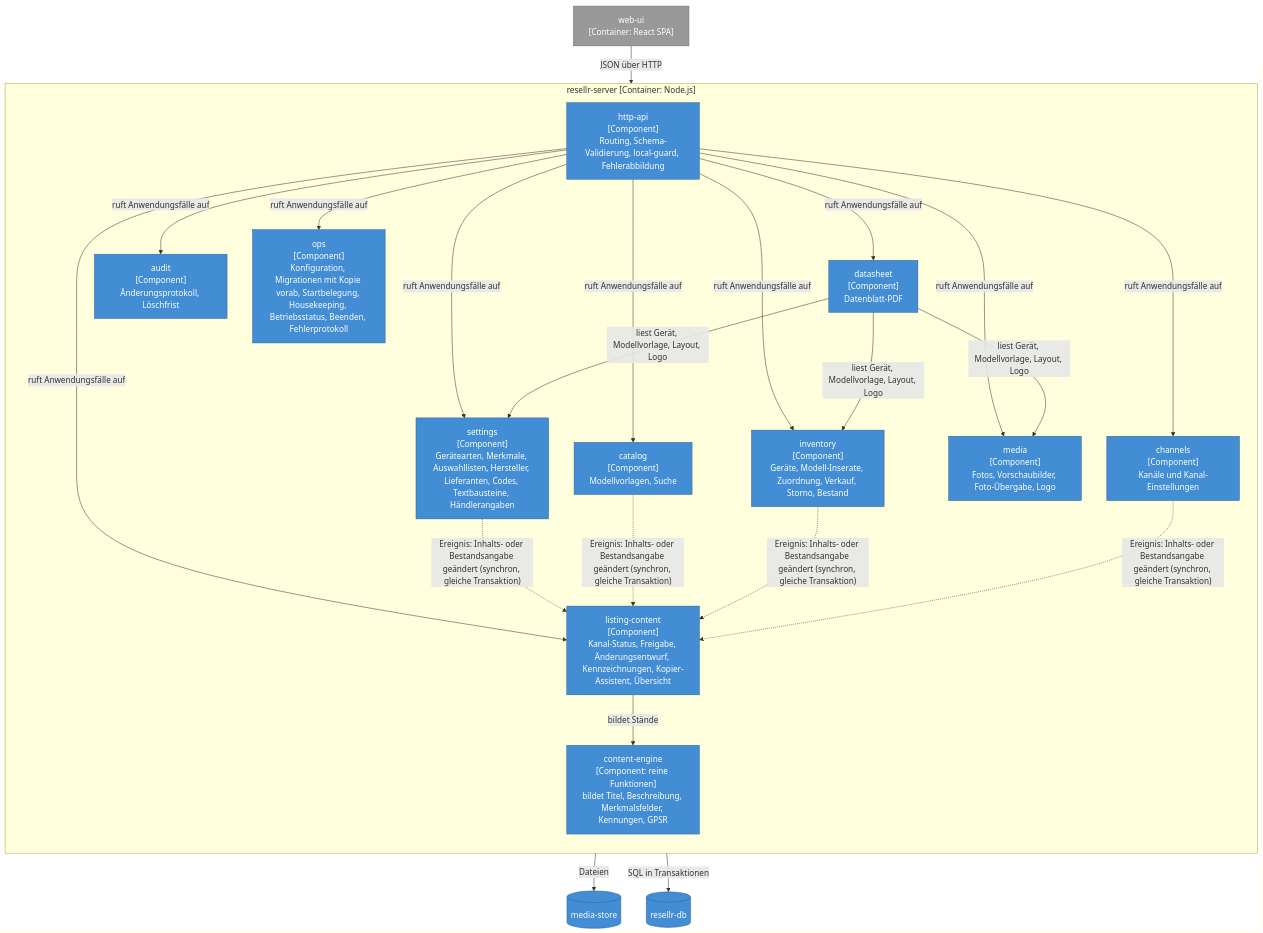
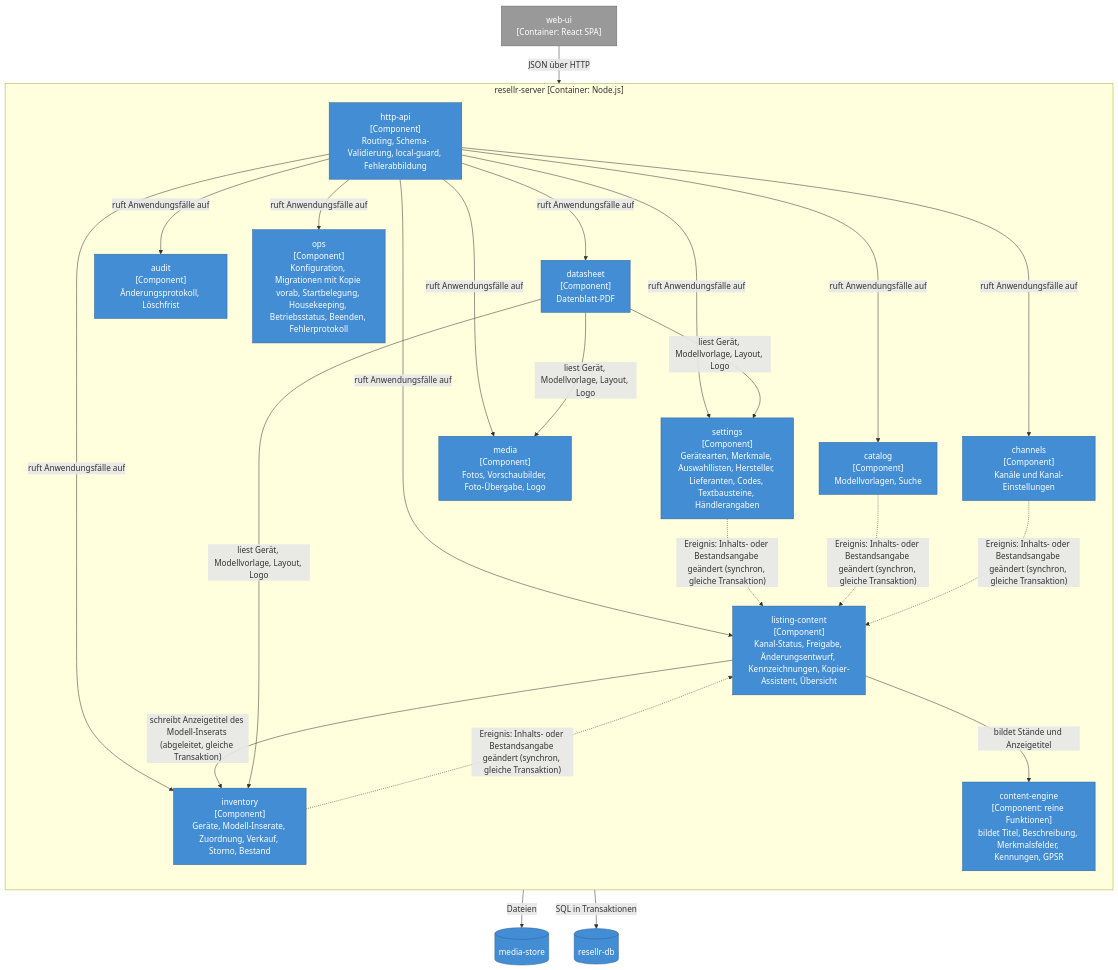
The third of 12 diagrams in docs/architecture/architecture-baseline.md (MarloNET/resellr), drawn with Mermaid before and after one commit. The commit also changed other lines of this file and 1 other file, not shown here.

Commit message:
docs(arch): publish Architekturänderung MAR-1061 in architecture-baseline.md v0.3.3 and technical-specification.md v0.5.4 (display_title ab S5: Ausnahme (5) in Kap. 4.1, Kap. 2.8.6, CU-323/CU-324, RQ-24/RQ-25; Owner-Freigabe 2026-11-23, Revision 793976c6; Gate MAR-1060)

````diff
--- a/docs/architecture/architecture-baseline.md
+++ b/docs/architecture/architecture-baseline.md
@@ -254,34 +322,35 @@
 ```mermaid
 flowchart TB
   classDef container fill:#438dd5,stroke:#2e6295,color:#ffffff
   classDef store fill:#438dd5,stroke:#2e6295,color:#ffffff
   classDef external fill:#999999,stroke:#6b6b6b,color:#ffffff
 
   webui["web-ui<br/>[Container: React SPA]"]:::external
 
   subgraph srv["resellr-server [Container: Node.js]"]
     direction TB
     api["http-api<br/>[Component]<br/>Routing, Schema-Validierung, local-guard, Fehlerabbildung"]:::container
     settings["settings<br/>[Component]<br/>Gerätearten, Merkmale, Auswahllisten, Hersteller, Lieferanten, Codes, Textbausteine, Händlerangaben"]:::container
     catalog["catalog<br/>[Component]<br/>Modellvorlagen, Suche"]:::container
     inventory["inventory<br/>[Component]<br/>Geräte, Modell-Inserate, Zuordnung, Verkauf, Storno, Bestand"]:::container
     channels["channels<br/>[Component]<br/>Kanäle und Kanal-Einstellungen"]:::container
     lc["listing-content<br/>[Component]<br/>Kanal-Status, Freigabe, Änderungsentwurf, Kennzeichnungen, Kopier-Assistent, Übersicht"]:::container
     engine["content-engine<br/>[Component: reine Funktionen]<br/>bildet Titel, Beschreibung, Merkmalsfelder, Kennungen, GPSR"]:::container
     mediaC["media<br/>[Component]<br/>Fotos, Vorschaubilder, Foto-Übergabe, Logo"]:::container
     sheet["datasheet<br/>[Component]<br/>Datenblatt-PDF"]:::container
     audit["audit<br/>[Component]<br/>Änderungsprotokoll, Löschfrist"]:::container
     ops["ops<br/>[Component]<br/>Konfiguration, Migrationen mit Kopie vorab, Startbelegung, Housekeeping, Betriebsstatus, Beenden, Fehlerprotokoll"]:::container
   end
 
   db[("resellr-db")]:::store
   mstore[("media-store")]:::store
 
   webui -->|"JSON über HTTP"| api
   api -->|"ruft Anwendungsfälle auf"| settings & catalog & inventory & channels & lc & mediaC & sheet & audit & ops
   settings & catalog & inventory & channels -.->|"Ereignis: Inhalts- oder Bestandsangabe geändert (synchron, gleiche Transaktion)"| lc
-  lc -->|"bildet Stände"| engine
+  lc -->|"bildet Stände und Anzeigetitel"| engine
+  lc -->|"schreibt Anzeigetitel des Modell-Inserats (abgeleitet, gleiche Transaktion)"| inventory
   sheet -->|"liest Gerät, Modellvorlage, Layout, Logo"| inventory & settings & mediaC
   mediaC -->|"Dateien"| mstore
   srv -->|"SQL in Transaktionen"| db
 ```
````
